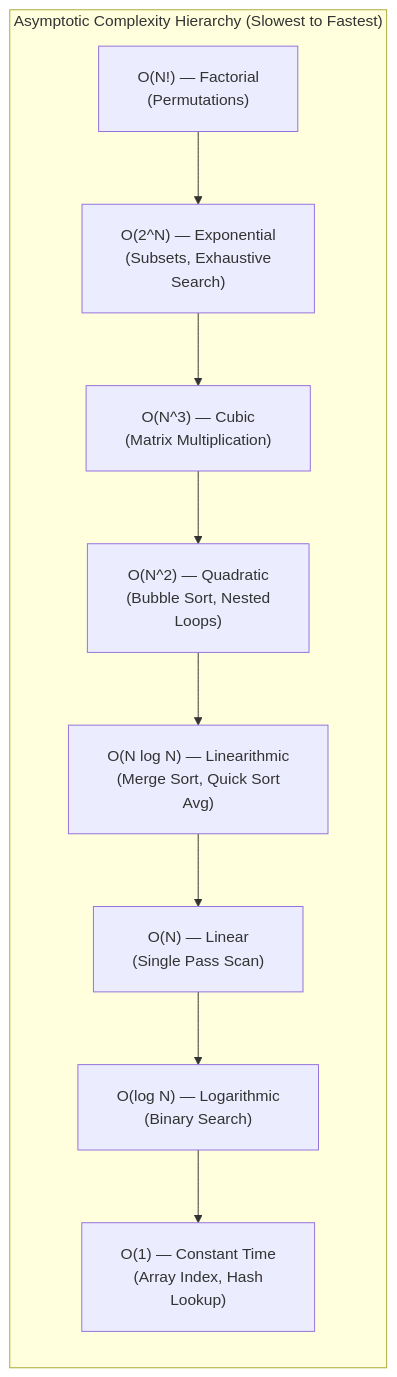
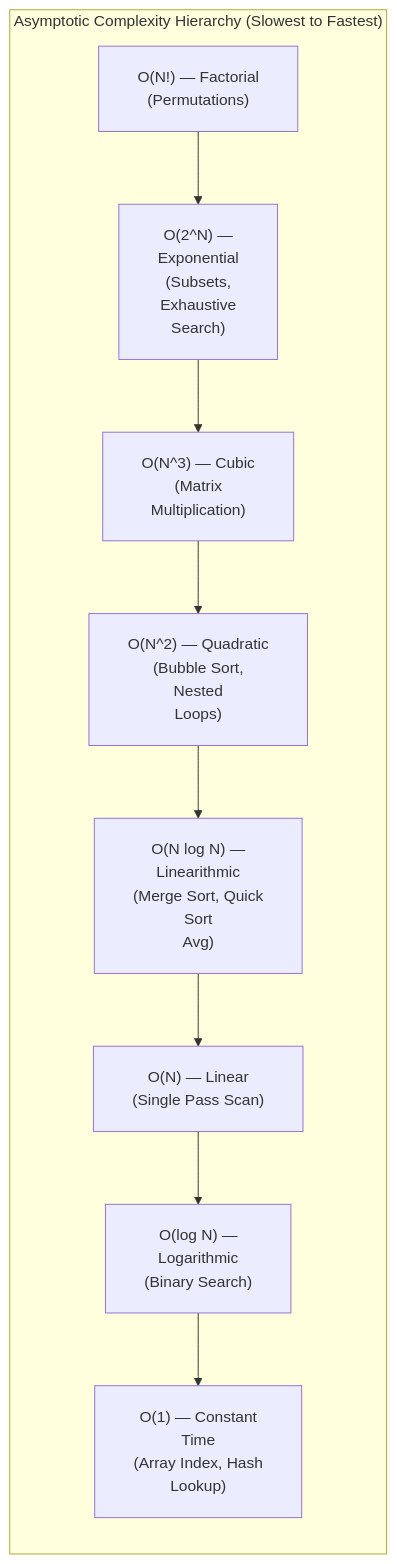
One commit to dip4k/DSA_102 changed the third of 3 diagrams in week_01_foundations_i_computational_fundamentals/Week_01_Visual_Concepts_Playbook_HYBRID.md. Above: the diagram before and after it, drawn with Mermaid. The commit also changed other lines of this file and 106 other files, not shown here.

First line of the commit message:
fix(mermaid): prevent text clipping with foreignObject overflow and tighter line wrapping

````diff
--- a/week_01_foundations_i_computational_fundamentals/Week_01_Visual_Concepts_Playbook_HYBRID.md
+++ b/week_01_foundations_i_computational_fundamentals/Week_01_Visual_Concepts_Playbook_HYBRID.md
@@ -132,16 +132,16 @@
 ```mermaid
-%%{init: {"flowchart": {"htmlLabels": true, "padding": 20}}}%%
+%%{init: {"flowchart": {"htmlLabels": true, "padding": 20}, "themeCSS": "foreignObject { overflow: visible !important; }"}}%%
 flowchart TD
     subgraph Hierarchy["Asymptotic Complexity Hierarchy (Slowest to Fastest)"]
         direction TB
         F["O(N!) — Factorial<br/>(Permutations)"]
-        E["O(2^N) — Exponential<br/>(Subsets, Exhaustive<br/>Search)"]
-        C["O(N^3) — Cubic<br/>(Matrix Multiplication)"]
-        Q["O(N^2) — Quadratic<br/>(Bubble Sort, Nested<br/>Loops)"]
-        L["O(N log N) — Linearithmic<br/>(Merge Sort, Quick Sort<br/>Avg)"]
+        E["O(2^N) —<br/>Exponential<br/>(Subsets,<br/>Exhaustive<br/>Search)"]
+        C["O(N^3) — Cubic<br/>(Matrix<br/>Multiplication)"]
+        Q["O(N^2) — Quadratic<br/>(Bubble Sort,<br/>Nested<br/>Loops)"]
+        L["O(N log N) —<br/>Linearithmic<br/>(Merge Sort, Quick<br/>Sort<br/>Avg)"]
         N["O(N) — Linear<br/>(Single Pass Scan)"]
-        LOG["O(log N) — Logarithmic<br/>(Binary Search)"]
-        O1["O(1) — Constant Time<br/>(Array Index, Hash<br/>Lookup)"]
+        LOG["O(log N) —<br/>Logarithmic<br/>(Binary Search)"]
+        O1["O(1) — Constant<br/>Time<br/>(Array Index, Hash<br/>Lookup)"]
     end
     F --> E --> C --> Q --> L --> N --> LOG --> O1
 ```
````
